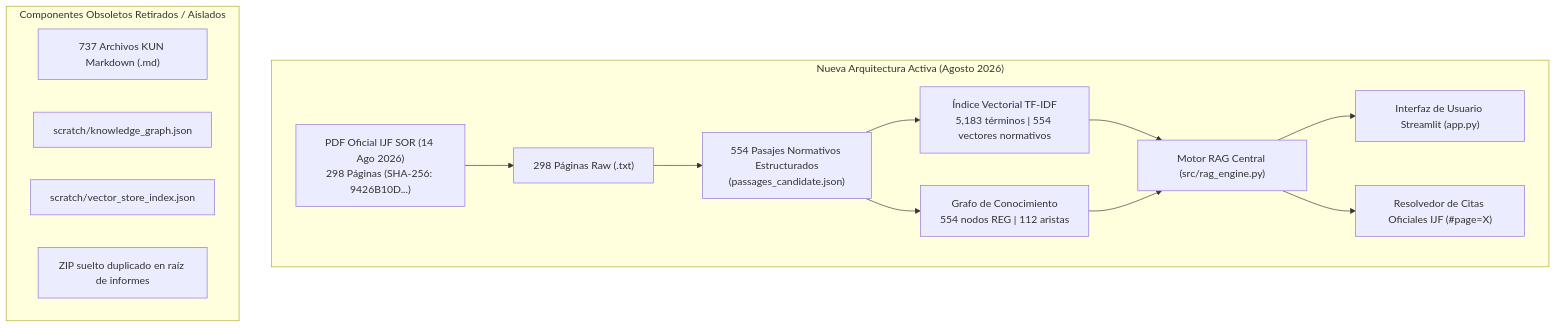
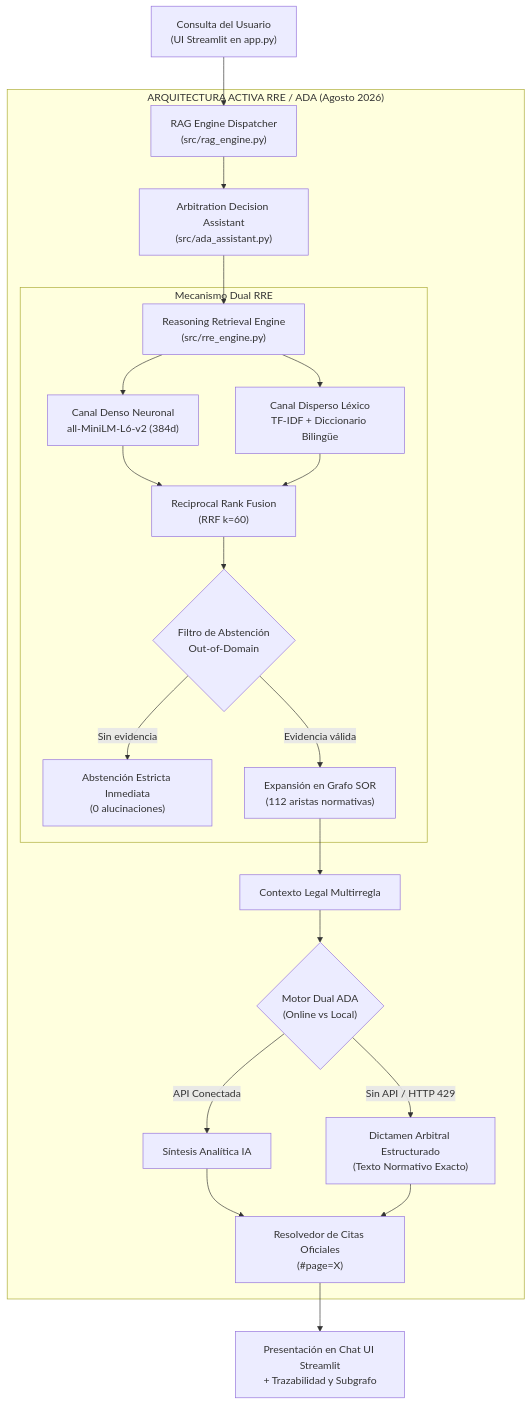
The diagram in docs/reports/coverage_audit_2026_08/followup_review/NEW_ARCHITECTURE_IMPLEMENTATION_REPORT.md (Alxs68/IJF-SOR-Assistant), drawn with Mermaid before and after one commit. The commit also changed other lines of this file, not shown here.

Commit message:
docs(rre-ada): update architecture implementation report with RRE and ADA specifications

````diff
--- a/docs/reports/coverage_audit_2026_08/followup_review/NEW_ARCHITECTURE_IMPLEMENTATION_REPORT.md
+++ b/docs/reports/coverage_audit_2026_08/followup_review/NEW_ARCHITECTURE_IMPLEMENTATION_REPORT.md
@@ -28,20 +42,29 @@
 ```mermaid
 flowchart TD
-    subgraph "Nueva Arquitectura Activa (Agosto 2026)"
-        PDF["PDF Oficial IJF SOR (14 Ago 2026)\n298 Páginas (SHA-256: 9426B10D...)"] --> Pages["298 Páginas Raw (.txt)"]
-        Pages --> Passages["554 Pasajes Normativos Estructurados\n(passages_candidate.json)"]
-        Passages --> VecStore["Índice Vectorial TF-IDF\n5,183 términos | 554 vectores normativos"]
-        Passages --> KG["Grafo de Conocimiento\n554 nodos REG | 112 aristas"]
-        VecStore --> RAG["Motor RAG Central (src/rag_engine.py)"]
-        KG --> RAG
-        RAG --> App["Interfaz de Usuario Streamlit (app.py)"]
-        RAG --> Citer["Resolvedor de Citas Oficiales IJF (#page=X)"]
+    UserQuery["Consulta del Usuario\n(UI Streamlit en app.py)"] --> RAGDispatcher["RAG Engine Dispatcher\n(src/rag_engine.py)"]
+    
+    subgraph "ARQUITECTURA ACTIVA RRE / ADA (Agosto 2026)"
+        RAGDispatcher --> ADA["Arbitration Decision Assistant\n(src/ada_assistant.py)"]
+        ADA --> RRE["Reasoning Retrieval Engine\n(src/rre_engine.py)"]
+        
+        subgraph "Mecanismo Dual RRE"
+            RRE --> Dense["Canal Denso Neuronal\nall-MiniLM-L6-v2 (384d)"]
+            RRE --> Sparse["Canal Disperso Léxico\nTF-IDF + Diccionario Bilingüe"]
+            Dense --> RRF["Reciprocal Rank Fusion\n(RRF k=60)"]
+            Sparse --> RRF
+            RRF --> Gate{"Filtro de Abstención\nOut-of-Domain"}
+            Gate -- "Sin evidencia" --> Abstain["Abstención Estricta Inmediata\n(0 alucinaciones)"]
+            Gate -- "Evidencia válida" --> GraphExp["Expansión en Grafo SOR\n(112 aristas normativas)"]
+        end
+        
+        GraphExp --> ADAContext["Contexto Legal Multirregla"]
+        ADAContext --> ADAGen{"Motor Dual ADA\n(Online vs Local)"}
+        ADAGen -- "API Conectada" --> LLMSynth["Síntesis Analítica IA"]
+        ADAGen -- "Sin API / HTTP 429" --> LocalBrief["Dictamen Arbitral Estructurado\n(Texto Normativo Exacto)"]
+        
+        LLMSynth --> CitationResolver["Resolvedor de Citas Oficiales\n(#page=X)"]
+        LocalBrief --> CitationResolver
     end
 
-    subgraph "Componentes Obsoletos Retirados / Aislados"
-        OldKUN["737 Archivos KUN Markdown (.md)"]
-        OldGraph["scratch/knowledge_graph.json"]
-        OldVec["scratch/vector_store_index.json"]
-        OldZIP["ZIP suelto duplicado en raíz de informes"]
-    end
+    CitationResolver --> FinalUI["Presentación en Chat UI Streamlit\n+ Trazabilidad y Subgrafo"]
 ```
````
